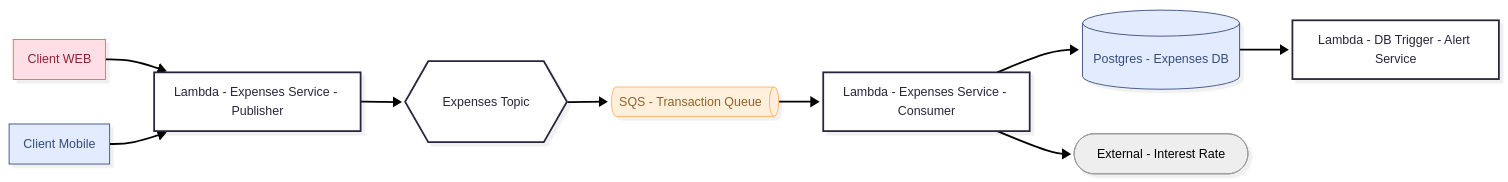
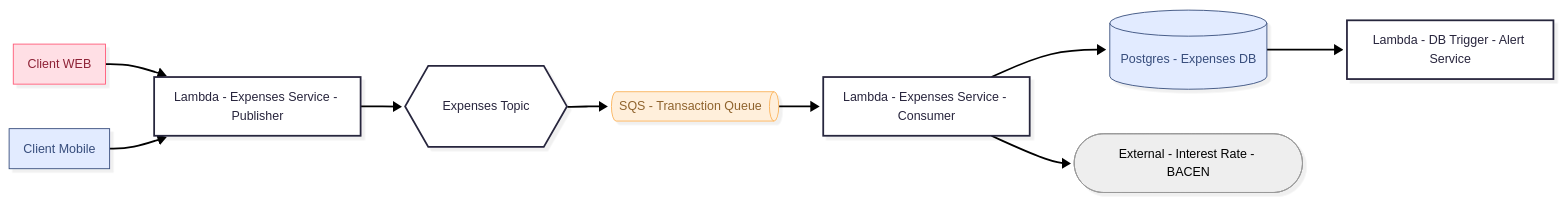
Before and after one commit to dasilvaoscar/concurrency-simulator: the second of 3 diagrams in README.md, drawn with Mermaid.

````diff
--- a/README.md
+++ b/README.md
@@ -35,34 +35,34 @@
 ```mermaid
 ---
 config:
   theme: redux
   layout: dagre
   look: neo
 ---
 flowchart LR
     n14["Client WEB"] --> n1["Lambda - Expenses Service - Publisher"]
     n21["Client Mobile"] --> n1
     n1 --> n3@{ label: "Expenses<span style=\"color:\"> Topic</span>" }
     n3 --> n6["SQS - Transaction Queue"]
     n6 --> n22["Lambda - Expenses Service - Consumer"]
-    n22 --> n18["Postgres - Expenses DB"] & n24(["External - Interest Rate"])
+    n22 --> n18["Postgres - Expenses DB"] & n24(["External - Interest Rate - BACEN"])
     n18 --> n23["Lambda - DB Trigger - Alert Service"]
 
     n14@{ shape: rect}
     n1@{ shape: rect}
     n21@{ shape: rect}
     n3@{ shape: hex}
     n6@{ shape: h-cyl}
     n22@{ shape: rect}
     n18@{ shape: cyl}
     n23@{ shape: rect}
      n14:::Rose
      n21:::Sky
      n6:::Peach
      n18:::Sky
      n24:::Ash
     classDef Rose stroke-width:1px, stroke-dasharray:none, stroke:#FF5978, fill:#FFDFE5, color:#8E2236
     classDef Peach stroke-width:1px, stroke-dasharray:none, stroke:#FBB35A, fill:#FFEFDB, color:#8F632D
     classDef Sky stroke-width:1px, stroke-dasharray:none, stroke:#374D7C, fill:#E2EBFF, color:#374D7C
     classDef Ash stroke-width:1px, stroke-dasharray:none, stroke:#999999, fill:#EEEEEE, color:#000000
 ```
````
